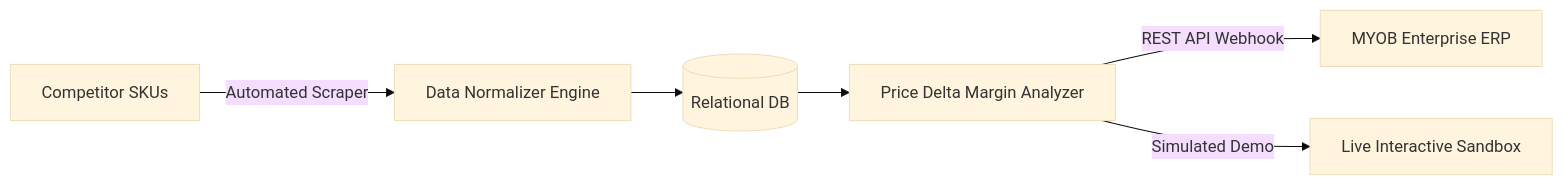
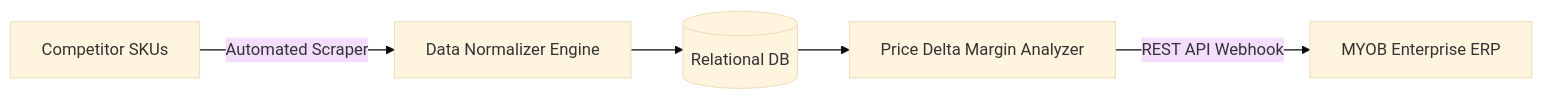
The first of 3 diagrams in README.md (shahrukh-hack/shahrukh-hack), drawn with Mermaid (base theme) before and after one commit. The commit also changed other lines of this file, not shown here.

Commit message:
docs: update profile README with direct standalone demo links for each public project

````diff
--- a/README.md
+++ b/README.md
@@ -44,8 +57,7 @@
 ```mermaid
 graph LR
     A[Competitor SKUs] -->|Automated Scraper| B[Data Normalizer Engine]
     B --> C[(Relational DB)]
     C --> D[Price Delta Margin Analyzer]
     D -->|REST API Webhook| E[MYOB Enterprise ERP]
-    D -->|Simulated Demo| F[Live Interactive Sandbox]
 ```
````
